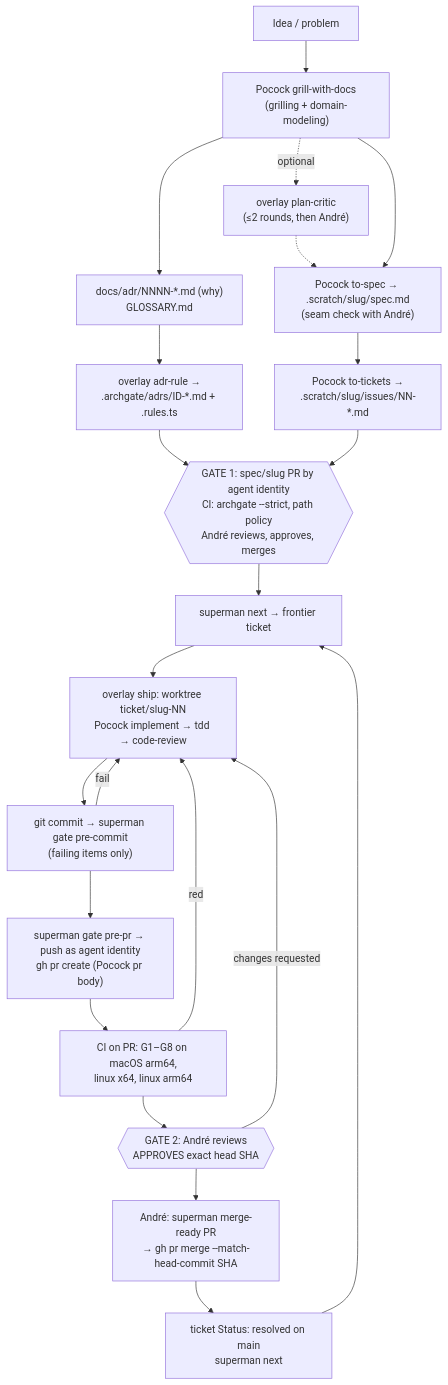
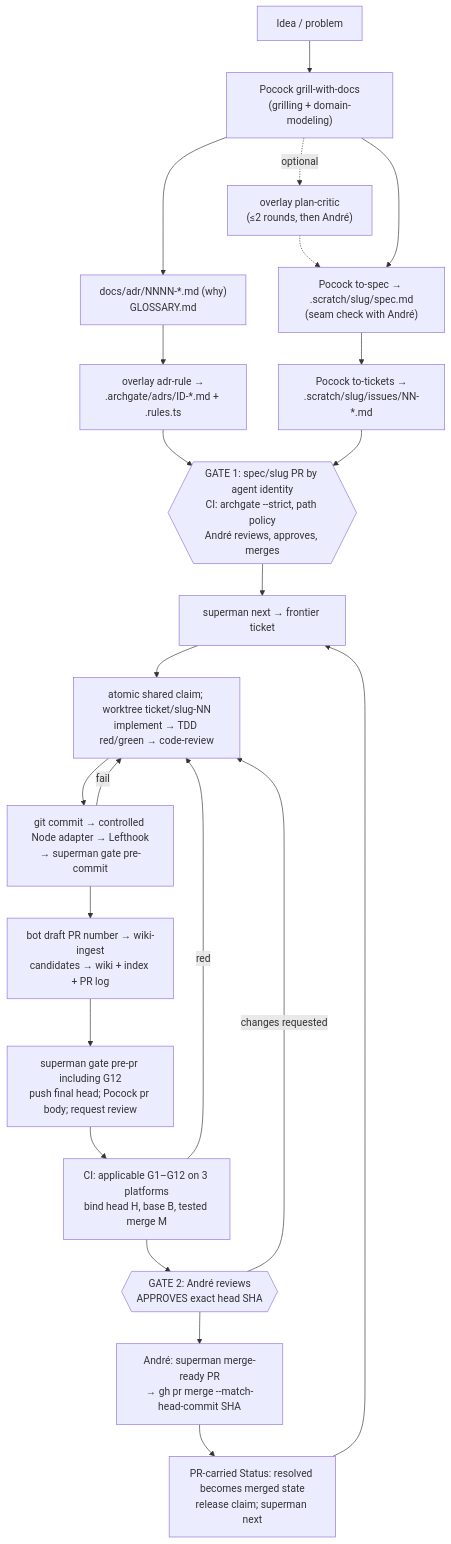
One commit to r3dlex/superman changed the diagram in .scratch/superman-v0/spec.md. Above: the diagram before and after it, drawn with Mermaid. The commit also changed other lines of this file and 57 other files, not shown here.

First line of the commit message:
spec: amendment 4 - vault, OKF wiki (G12), CodeGraph (M7c)

````diff
--- a/.scratch/superman-v0/spec.md
+++ b/.scratch/superman-v0/spec.md
@@ -487,24 +649,25 @@
 ```mermaid
 flowchart TD
   I[Idea / problem] --> G["Pocock grill-with-docs<br/>(grilling + domain-modeling)"]
   G --> ADR["docs/adr/NNNN-*.md (why)<br/>GLOSSARY.md"]
   G -.optional.-> PC["overlay plan-critic<br/>(≤2 rounds, then André)"]
   PC -.-> S
   G --> S["Pocock to-spec → .scratch/slug/spec.md<br/>(seam check with André)"]
   ADR --> AR["overlay adr-rule →<br/>.archgate/adrs/ID-*.md + .rules.ts"]
   S --> T["Pocock to-tickets →<br/>.scratch/slug/issues/NN-*.md"]
   AR --> P1
   T --> P1{{"GATE 1: spec/slug PR by agent identity<br/>CI: archgate --strict, path policy<br/>André reviews, approves, merges"}}
   P1 --> N["superman next → frontier ticket"]
-  N --> W["overlay ship: worktree ticket/slug-NN<br/>Pocock implement → tdd → code-review"]
-  W --> C["git commit → superman gate pre-commit<br/>(failing items only)"]
+  N --> W["atomic shared claim; worktree ticket/slug-NN<br/>implement → TDD red/green → code-review"]
+  W --> C["git commit → controlled Node adapter → Lefthook<br/>→ superman gate pre-commit"]
   C -->|fail| W
-  C --> PP["superman gate pre-pr → push as agent identity<br/>gh pr create (Pocock pr body)"]
-  PP --> CI["CI on PR: G1–G8 on macOS arm64,<br/>linux x64, linux arm64"]
+  C --> K["bot draft PR number → wiki-ingest<br/>candidates → wiki + index + PR log"]
+  K --> PP["superman gate pre-pr including G12<br/>push final head; Pocock pr body; request review"]
+  PP --> CI["CI: applicable G1–G12 on 3 platforms<br/>bind head H, base B, tested merge M"]
   CI -->|red| W
   CI --> P2{{"GATE 2: André reviews<br/>APPROVES exact head SHA"}}
   P2 -->|changes requested| W
   P2 --> MR["André: superman merge-ready PR<br/>→ gh pr merge --match-head-commit SHA"]
-  MR --> X["ticket Status: resolved on main<br/>superman next"]
+  MR --> X["PR-carried Status: resolved becomes merged state<br/>release claim; superman next"]
   X --> N
 ```
````
